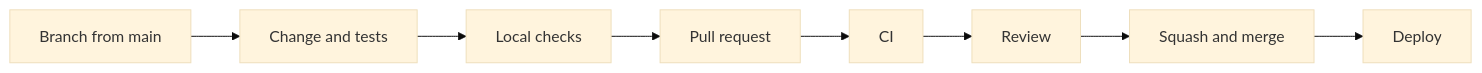
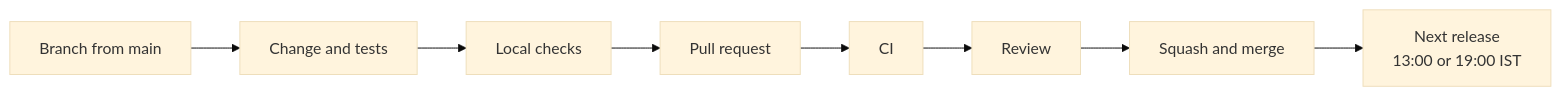
One commit to sachiachar/anvaya changed the diagram in CONTRIBUTING.md. Above: the diagram before and after it, drawn with Mermaid (base theme). The commit also changed other lines of this file and 7 other files, not shown here.

First line of the commit message:
Release production twice a day instead of on every merge

````diff
--- a/CONTRIBUTING.md
+++ b/CONTRIBUTING.md
@@ -15,4 +15,4 @@
 ```mermaid
 flowchart LR
-    branch["Branch from main"] --> change["Change and tests"] --> checks["Local checks"] --> pr["Pull request"] --> ci["CI"] --> review["Review"] --> merge["Squash and merge"] --> deploy["Deploy"]
+    branch["Branch from main"] --> change["Change and tests"] --> checks["Local checks"] --> pr["Pull request"] --> ci["CI"] --> review["Review"] --> merge["Squash and merge"] --> deploy["Next release<br/>13:00 or 19:00 IST"]
 ```
````
